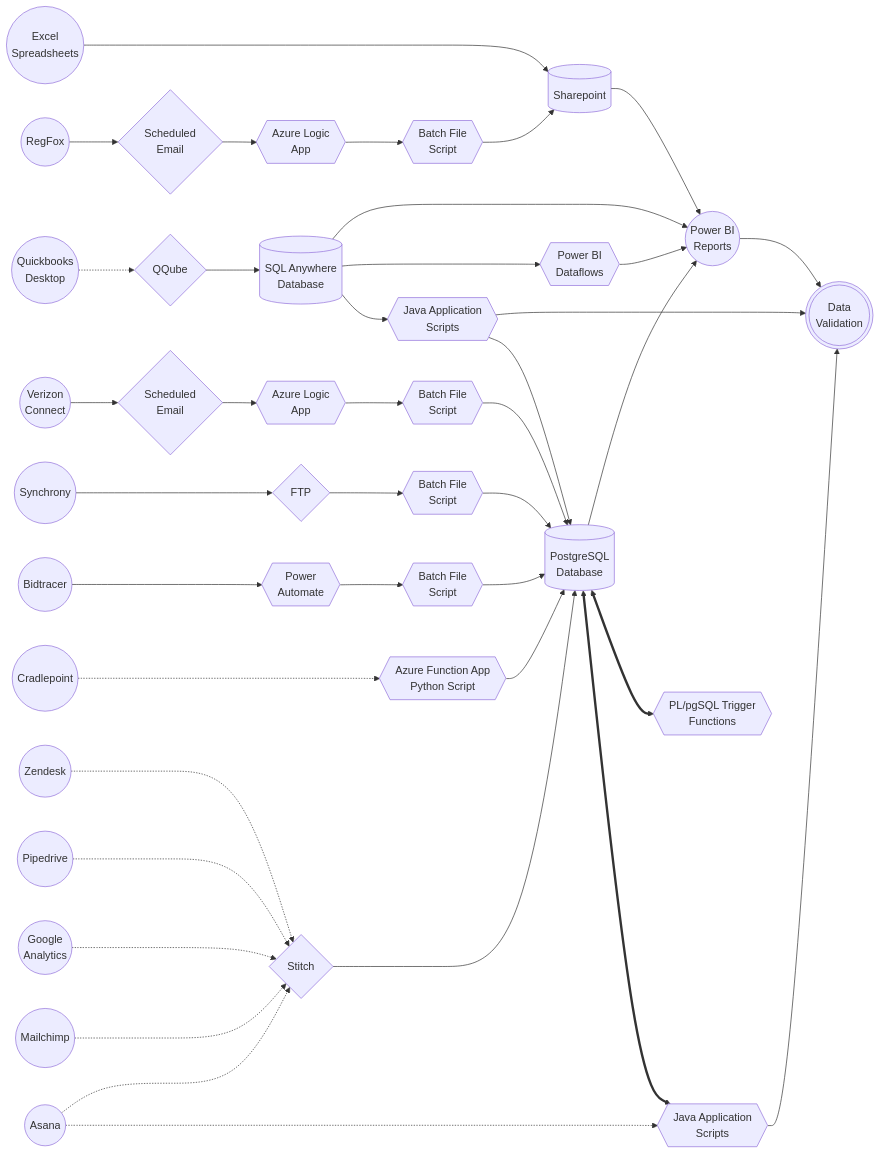
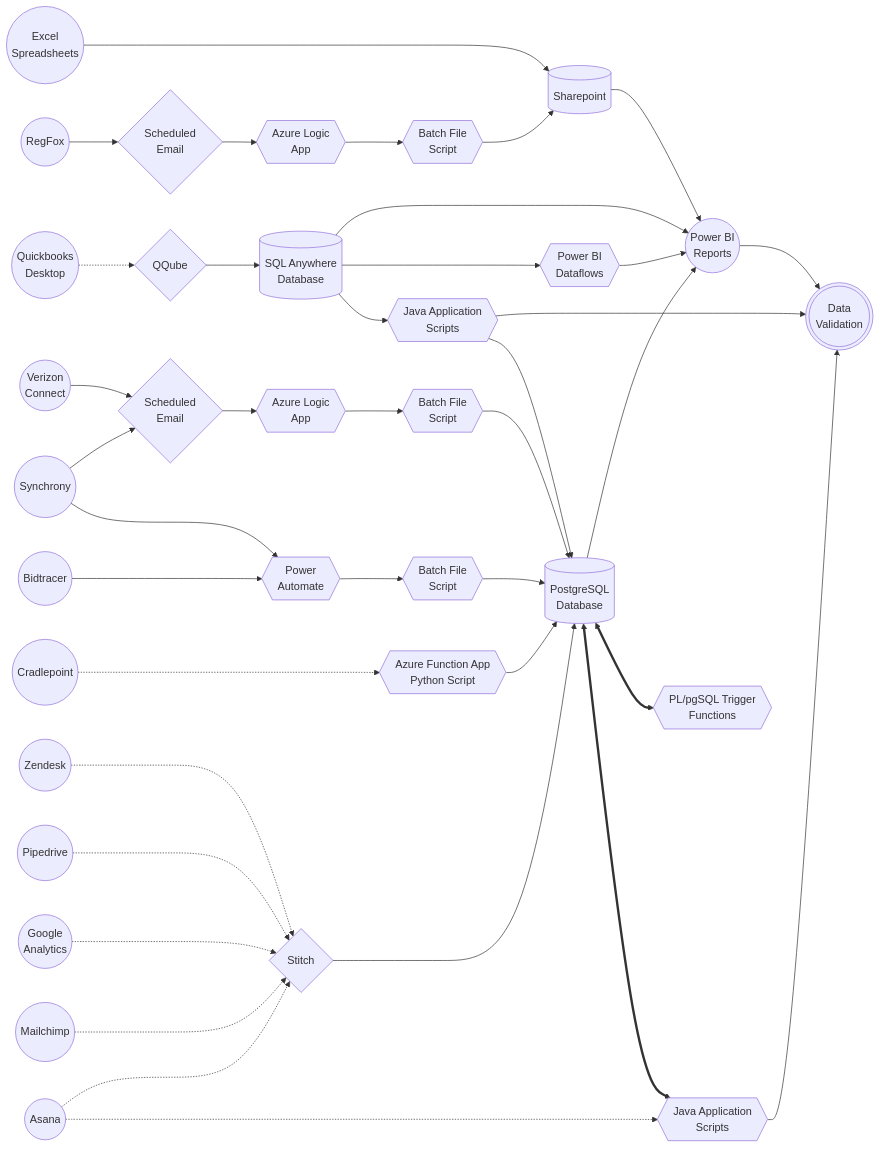
The diagram in README.md (automatic-controls/powerbi), drawn with Mermaid before and after one commit. The commit also changed other lines of this file and 15 other files, not shown here.

Commit message:
improvements, bug fixes, synchrony updated README updated table list for postgresql-backup fixed bug where asana-ghost-clean blows up log file with API depreciation messages created scripts for synchrony integration implements 'attempts' variable to make scripts retry on error

````diff
--- a/README.md
+++ b/README.md
@@ -47,37 +49,36 @@
 ```mermaid
 flowchart LR
   powerbi((Power BI\nReports))
   quickbooks((Quickbooks\nDesktop))
   asana((Asana))
   zendesk((Zendesk))
   pipedrive((Pipedrive))
   ga((Google\nAnalytics))
   mc((Mailchimp))
   excel((Excel\nSpreadsheets))
   cradlepoint((Cradlepoint))
   bidtracer((Bidtracer))
   sharepoint[(Sharepoint)]
   qq_database[(SQL Anywhere\nDatabase)]
   postgresql[(PostgreSQL\nDatabase)]
   qqube{QQube}
   stitch{Stitch}
   power_auto{{Power\nAutomate}}
   qq_dataflows{{Power BI\nDataflows}}
   qq_script{{Java Application\nScripts}}
   cradle_script{{Azure Function App\nPython Script}}
   bid_upload{{Batch File\nScript}}
   excel----->sharepoint-->powerbi-->validate>Data Validation]
   regfox((RegFox))-->reg_email{Scheduled\nEmail}-->reg_azure{{Azure Logic\nApp}}-->reg_script{{Batch File\nScript}}-->sharepoint
   qq_script-->validate
   quickbooks-.->qqube-->qq_database-->powerbi
   qq_database-->qq_dataflows-->powerbi
   qq_database-->qq_script-->postgresql-->powerbi
-  verizon((Verizon\nConnect))-->ver_email{Scheduled\nEmail}-->ver_azure{{Azure Logic\nApp}}-->ver_script{{Batch File\nScript}}-->postgresql
-  synchrony((Synchrony))--->ftp{FTP}-->synch_script{{Batch File\nScript}}-->postgresql
-  bidtracer--->power_auto-->bid_upload-->postgresql
+  verizon((Verizon\nConnect)) & synchrony((Synchrony))-->ver_email{Scheduled\nEmail}-->ver_azure{{Azure Logic\nApp}}-->ver_script{{Batch File\nScript}}-->postgresql
+  synchrony & bidtracer--->power_auto-->bid_upload-->postgresql
   cradlepoint-...->cradle_script-->postgresql
   zendesk & pipedrive & ga & mc & asana-..->stitch--->postgresql
   postgresql<==>trigger{{PL/pgSQL Trigger\nFunctions}} & process{{Java Application\nScripts}}
   asana-.->process
   process-->validate(((Data\nValidation)))
 ```
````
